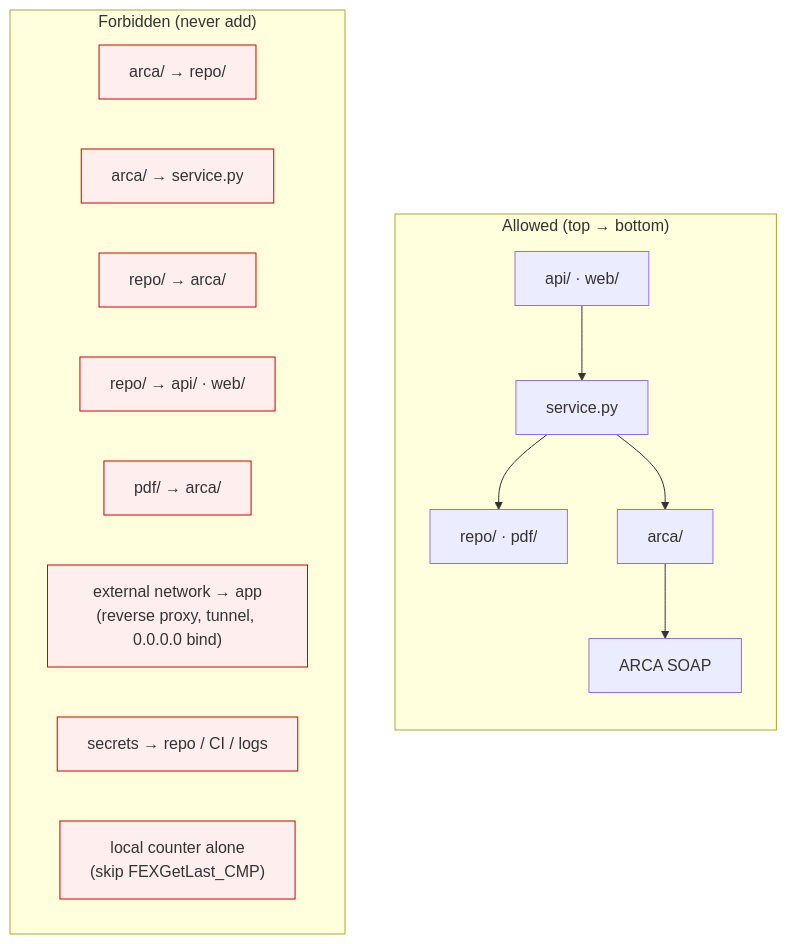
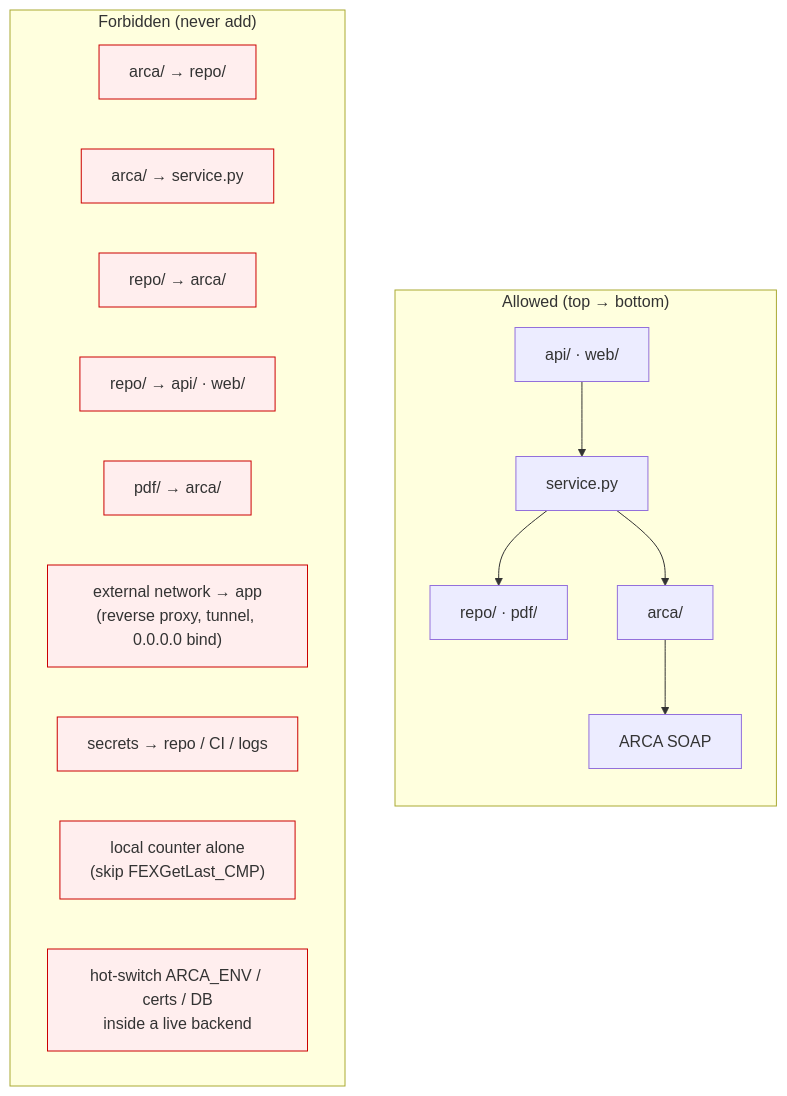
The fourth of 7 diagrams in docs/agent/architecture-graphs.md (FacundoTripelhorn/facturadorE), drawn with Mermaid before and after one commit. The commit also changed other lines of this file and 10 other files, not shown here.

````diff
--- a/docs/agent/architecture-graphs.md
+++ b/docs/agent/architecture-graphs.md
@@ -142,36 +170,38 @@
 ```mermaid
 flowchart TB
   subgraph allowed["Allowed (top → bottom)"]
     direction TB
     PRES["api/ · web/"]
     DOM["service.py"]
     PER["repo/ · pdf/"]
     INT["arca/"]
     EXT["ARCA SOAP"]
     PRES --> DOM
     DOM --> PER
     DOM --> INT
     INT --> EXT
   end
 
   subgraph forbidden["Forbidden (never add)"]
     direction LR
     F1["arca/ → repo/"]
     F2["arca/ → service.py"]
     F3["repo/ → arca/"]
     F4["repo/ → api/ · web/"]
     F5["pdf/ → arca/"]
     F6["external network → app<br/>(reverse proxy, tunnel, 0.0.0.0 bind)"]
     F7["secrets → repo / CI / logs"]
     F8["local counter alone<br/>(skip FEXGetLast_CMP)"]
+    F9["hot-switch ARCA_ENV / certs / DB<br/>inside a live backend"]
   end
 
   style F1 fill:#fee,stroke:#c00
   style F2 fill:#fee,stroke:#c00
   style F3 fill:#fee,stroke:#c00
   style F4 fill:#fee,stroke:#c00
   style F5 fill:#fee,stroke:#c00
   style F6 fill:#fee,stroke:#c00
   style F7 fill:#fee,stroke:#c00
   style F8 fill:#fee,stroke:#c00
+  style F9 fill:#fee,stroke:#c00
 ```
````
